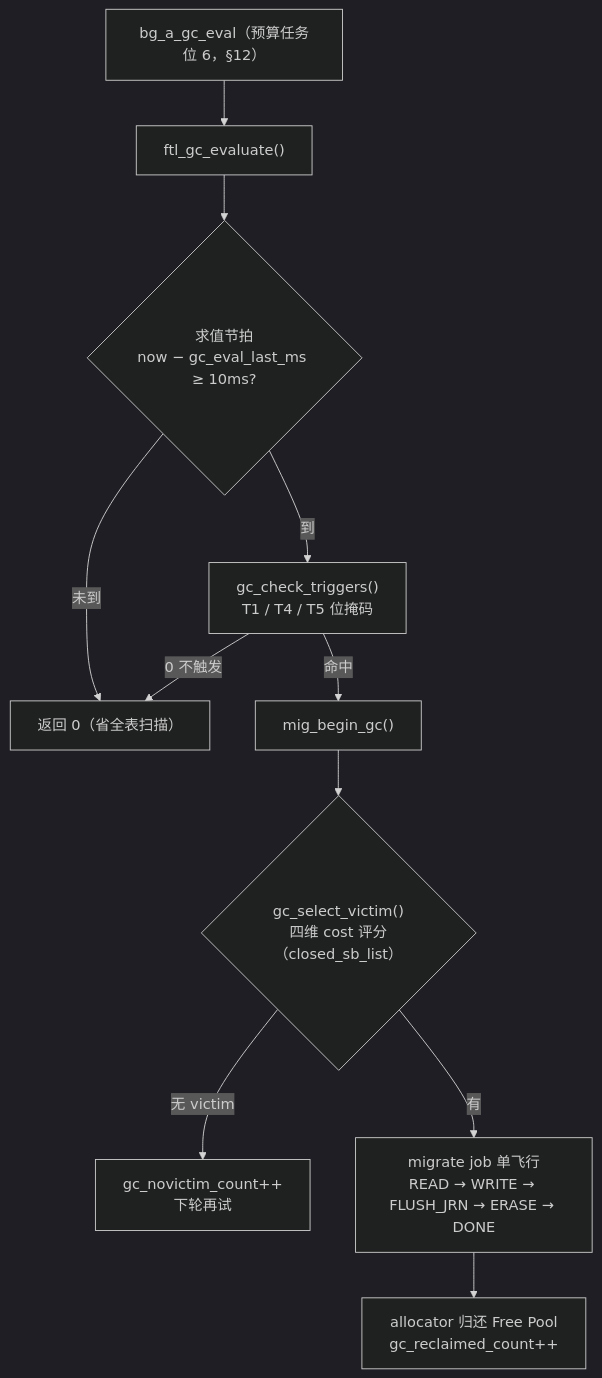
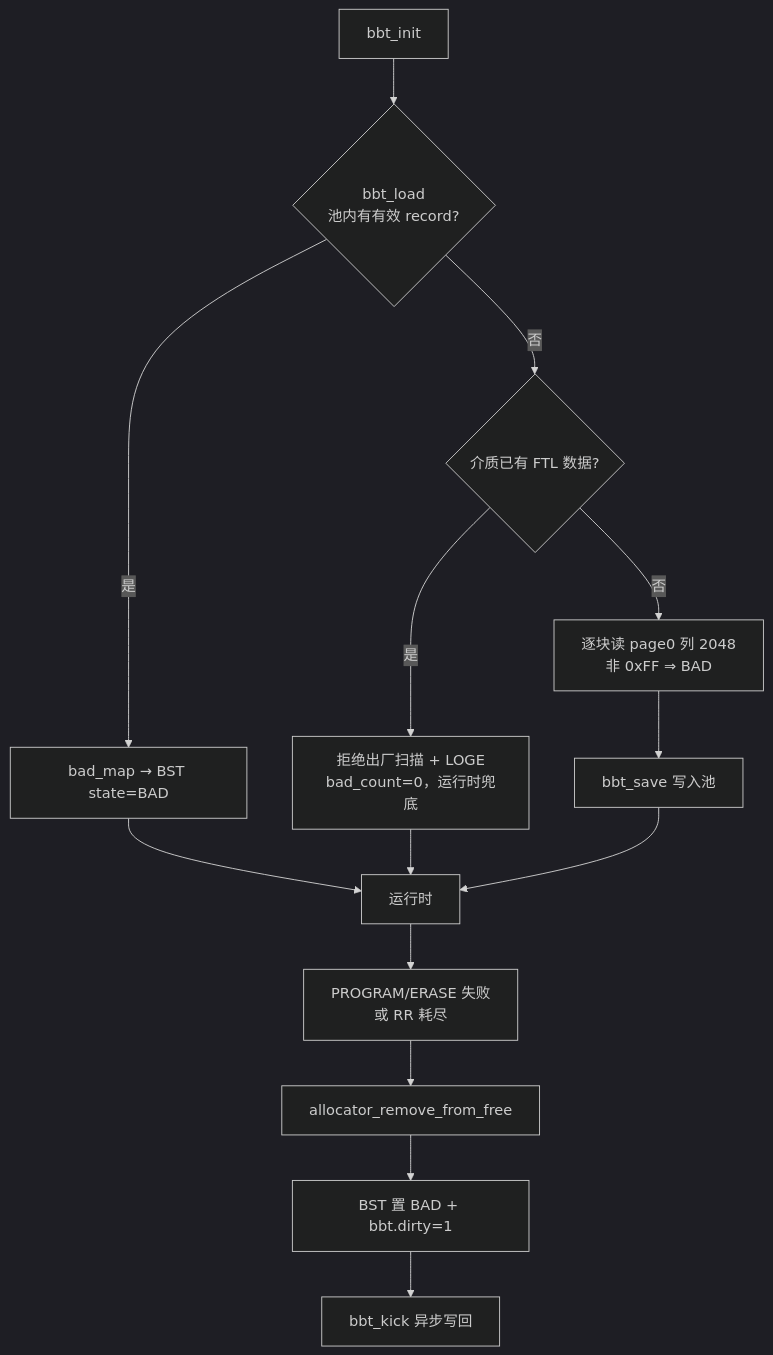
Before and after one commit to YzYMIAO/BASESSD: the fourth of 28 diagrams in docs/design/ftl_design.md, drawn with Mermaid (dark theme). The commit also changed other lines of this file and 4 other files, not shown here.

````diff
--- a/docs/design/ftl_design.md
+++ b/docs/design/ftl_design.md
@@ -1263,13 +786,16 @@
 ```mermaid
 flowchart TD
-    EV["bg_a_gc_eval（预算任务位 6，§12）"] --> GE["ftl_gc_evaluate()"]
-    GE --> GATE{"求值节拍<br/>now − gc_eval_last_ms ≥ 10ms?"}
-    GATE -- 未到 --> RET["返回 0（省全表扫描）"]
-    GATE -- 到 --> TRIG["gc_check_triggers()<br/>T1 / T4 / T5 位掩码"]
-    TRIG -- 0 不触发 --> RET
-    TRIG -- 命中 --> BG["mig_begin_gc()"]
-    BG --> V{"gc_select_victim()<br/>四维 cost 评分（closed_sb_list）"}
-    V -- 无 victim --> NV["gc_novictim_count++<br/>下轮再试"]
-    V -- 有 --> MIG["migrate job 单飞行<br/>READ → WRITE → FLUSH_JRN → ERASE → DONE"]
-    MIG --> FREE["allocator 归还 Free Pool<br/>gc_reclaimed_count++"]
+    INIT["bbt_init"] --> LOAD{"bbt_load<br/>池内有有效 record?"}
+    LOAD -- "是" --> REBUILD["bad_map → BST state=BAD"]
+    LOAD -- "否" --> USED{"介质已有 FTL 数据?"}
+    USED -- "是" --> REJECT["拒绝出厂扫描 + LOGE<br/>bad_count=0，运行时兜底"]
+    USED -- "否" --> SCAN["逐块读 page0 列 2048<br/>非 0xFF ⇒ BAD"]
+    SCAN --> SAVE["bbt_save 写入池"]
+    REBUILD --> RUN["运行时"]
+    REJECT --> RUN
+    SAVE --> RUN
+    RUN --> MARK["PROGRAM/ERASE 失败<br/>或 RR 耗尽"]
+    MARK --> EXPEL["allocator_remove_from_free"]
+    EXPEL --> BAD["BST 置 BAD + bbt.dirty=1"]
+    BAD --> KICK["bbt_kick 异步写回"]
 ```
````
